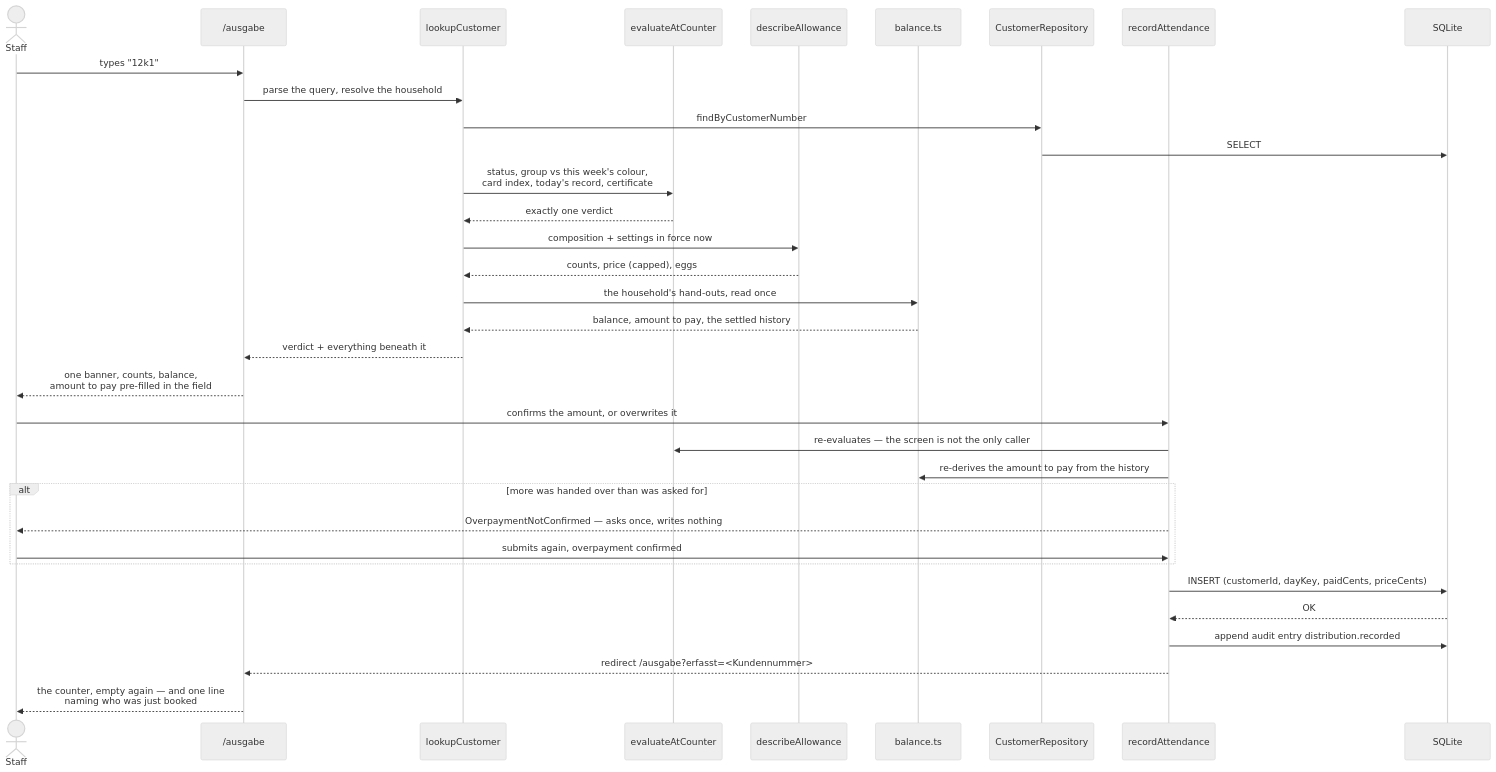
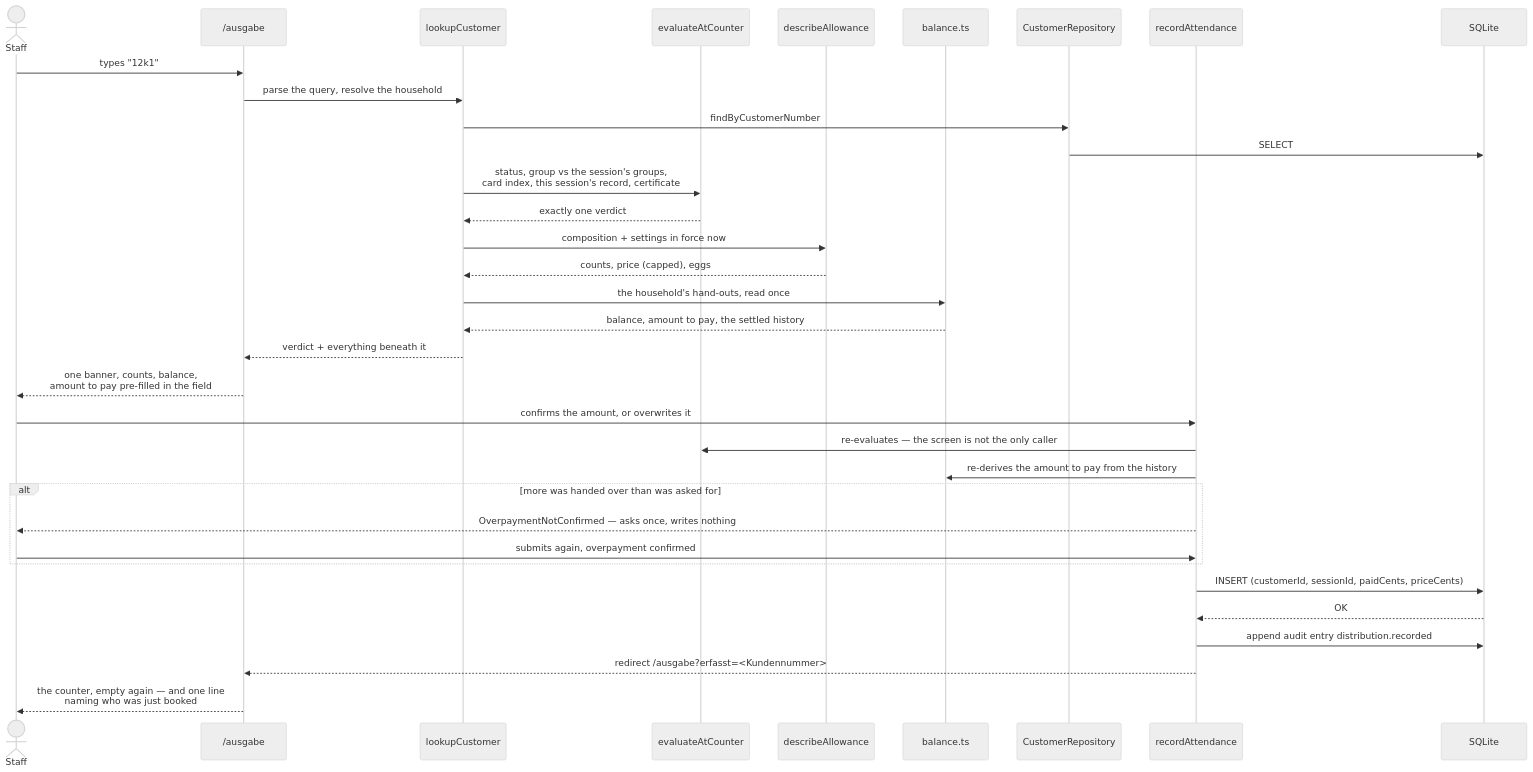
The first of 4 diagrams in docs/architecture/06-runtime-view.md (Lin0pan/FD-management), drawn with Mermaid (neutral theme) before and after one commit. The commit also changed other lines of this file and 103 other files, not shown here.

````diff
--- a/docs/architecture/06-runtime-view.md
+++ b/docs/architecture/06-runtime-view.md
@@ -14,38 +14,38 @@
 ```mermaid
 sequenceDiagram
     actor Staff
     participant Page as /ausgabe
     participant Lookup as lookupCustomer
     participant Verdict as evaluateAtCounter
     participant Allow as describeAllowance
     participant Balance as balance.ts
     participant Repo as CustomerRepository
     participant Record as recordAttendance
     participant DB as SQLite
 
     Staff->>Page: types "12k1"
     Page->>Lookup: parse the query, resolve the household
     Lookup->>Repo: findByCustomerNumber
     Repo->>DB: SELECT
-    Lookup->>Verdict: status, group vs this week's colour,<br/>card index, today's record, certificate
+    Lookup->>Verdict: status, group vs the session's groups,<br/>card index, this session's record, certificate
     Verdict-->>Lookup: exactly one verdict
     Lookup->>Allow: composition + settings in force now
     Allow-->>Lookup: counts, price (capped), eggs
     Lookup->>Balance: the household's hand-outs, read once
     Balance-->>Lookup: balance, amount to pay, the settled history
     Lookup-->>Page: verdict + everything beneath it
     Page-->>Staff: one banner, counts, balance,<br/>amount to pay pre-filled in the field
 
     Staff->>Record: confirms the amount, or overwrites it
     Record->>Verdict: re-evaluates — the screen is not the only caller
     Record->>Balance: re-derives the amount to pay from the history
     alt more was handed over than was asked for
         Record-->>Staff: OverpaymentNotConfirmed — asks once, writes nothing
         Staff->>Record: submits again, overpayment confirmed
     end
-    Record->>DB: INSERT (customerId, dayKey, paidCents, priceCents)
+    Record->>DB: INSERT (customerId, sessionId, paidCents, priceCents)
     DB-->>Record: OK
     Record->>DB: append audit entry distribution.recorded
     Record-->>Page: redirect /ausgabe?erfasst=<Kundennummer>
     Page-->>Staff: the counter, empty again — and one line<br/>naming who was just booked
 ```
````
